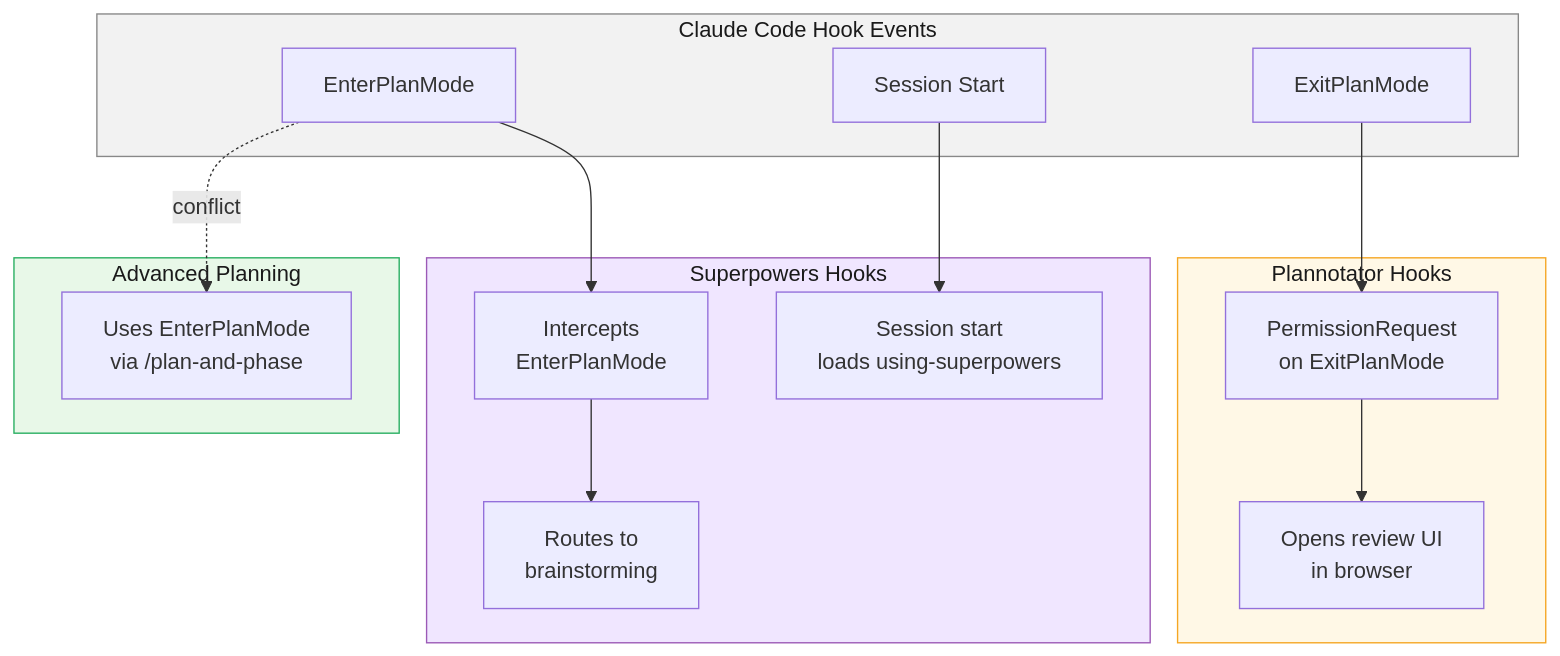
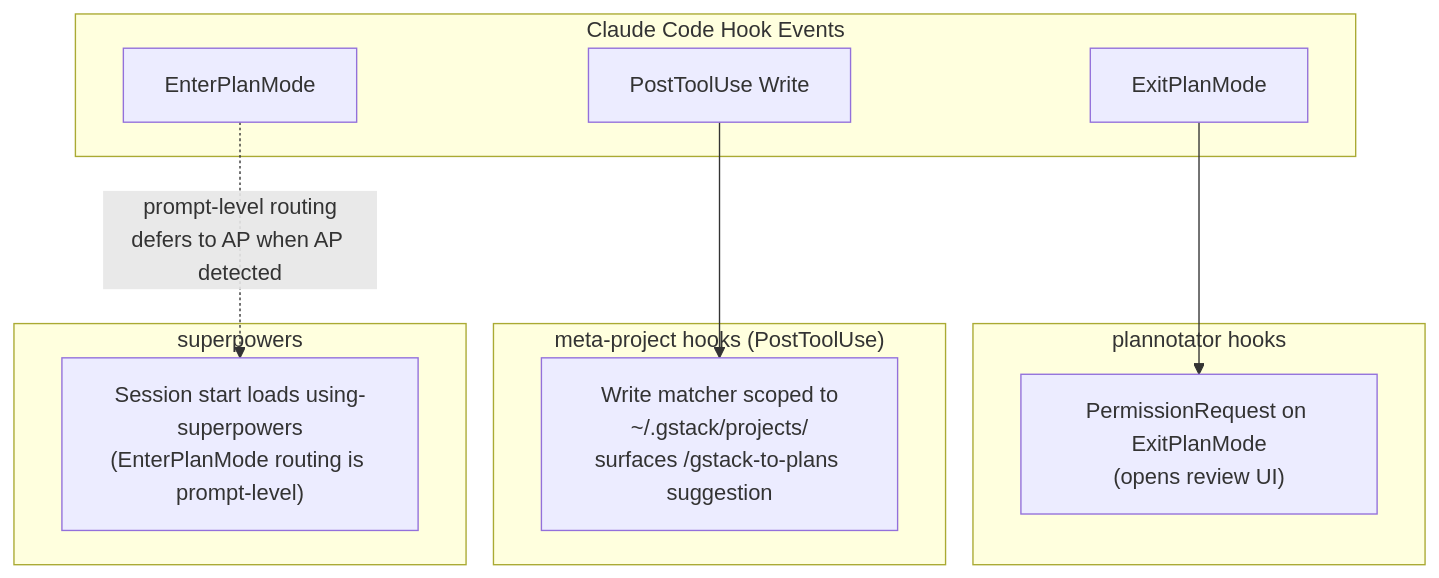
The sixth of 6 diagrams in ARCHITECTURE.md (MungoHarvey/Advanced-AI-Workflows), drawn with Mermaid before and after one commit. The commit also changed other lines of this file and 6 other files, not shown here.

````diff
--- a/ARCHITECTURE.md
+++ b/ARCHITECTURE.md
@@ -437,35 +295,27 @@
 ```mermaid
 flowchart TB
-    subgraph Events["Claude Code Hook Events"]
+    accTitle: Hook Event Map
+    accDescr: Shows which hooks each tool registers and how they coexist.
+
+    subgraph events["Claude Code Hook Events"]
         EPM["ExitPlanMode"]
         ENPM["EnterPlanMode"]
-        SS["Session Start"]
+        PTU["PostToolUse Write"]
     end
 
-    subgraph PNH["Plannotator Hooks"]
-        PNH1["PermissionRequest<br/>on ExitPlanMode"]
-        PNH2["Opens review UI<br/>in browser"]
+    subgraph pnh["plannotator hooks"]
+        pnh1["PermissionRequest on ExitPlanMode<br/>(opens review UI)"]
     end
 
-    subgraph SPH["Superpowers Hooks"]
-        SPH1["Intercepts<br/>EnterPlanMode"]
-        SPH2["Routes to<br/>brainstorming"]
-        SPH3["Session start<br/>loads using-superpowers"]
+    subgraph aawh["meta-project hooks (PostToolUse)"]
+        aawh1["Write matcher scoped to<br/>~/.gstack/projects/<br/>surfaces /gstack-to-plans suggestion"]
     end
 
-    subgraph APH["Advanced Planning"]
-        APH1["Uses EnterPlanMode<br/>via /plan-and-phase"]
+    subgraph sph["superpowers"]
+        sph1["Session start loads using-superpowers<br/>(EnterPlanMode routing is prompt-level)"]
     end
 
-    EPM --> PNH1
-    PNH1 --> PNH2
-    ENPM --> SPH1
-    SPH1 --> SPH2
-    SS --> SPH3
-    ENPM -.->|"conflict"| APH1
-
-    style Events fill:#f2f2f2,stroke:#888,color:#1a1a1a
-    style PNH fill:#fff8e6,stroke:#f5a623,color:#1a1a1a
-    style SPH fill:#f0e6ff,stroke:#9b59b6,color:#1a1a1a
-    style APH fill:#e8f8e8,stroke:#27ae60,color:#1a1a1a
+    EPM --> pnh1
+    PTU --> aawh1
+    ENPM -.->|"prompt-level routing<br/>defers to AP when AP detected"| sph1
 ```
````
